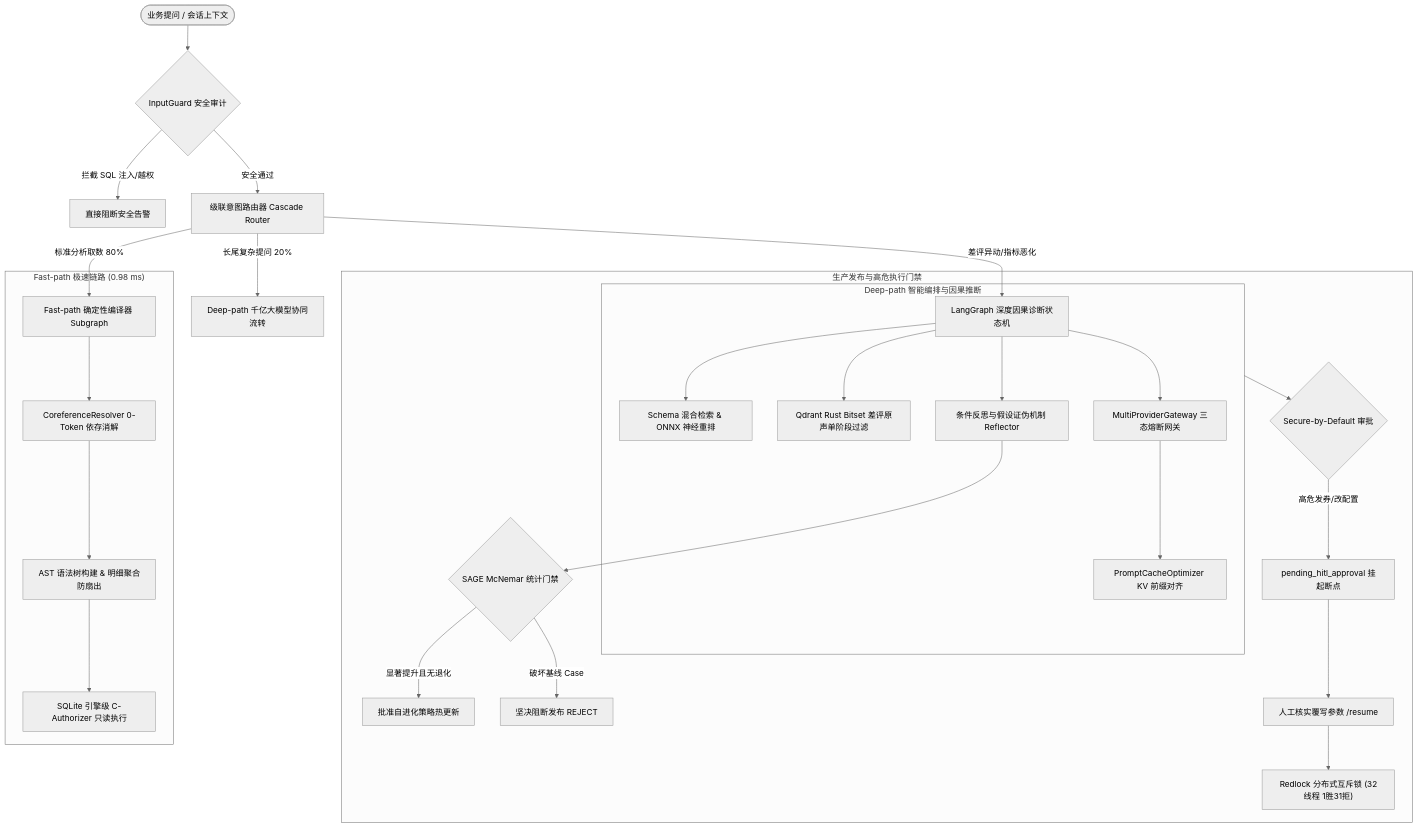
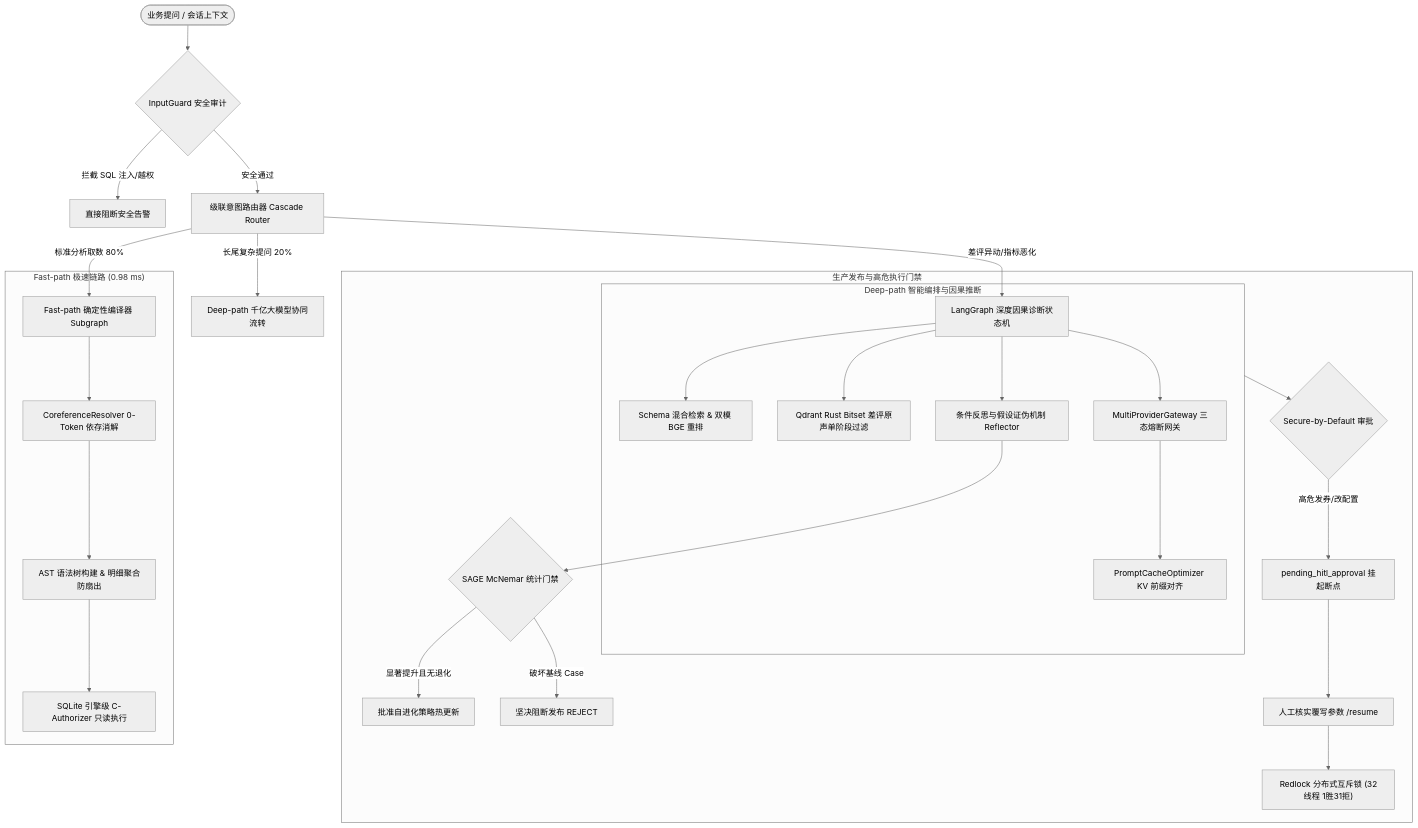
Before and after one commit to windfall8623/InsightAgent: the first of 2 diagrams in README.md, drawn with Mermaid (neutral theme). The commit also changed other lines of this file, not shown here.

````diff
--- a/README.md
+++ b/README.md
@@ -110,35 +111,35 @@
 ```mermaid
 flowchart TD
     User(["业务提问 / 会话上下文"]) --> InGuard{"InputGuard 安全审计"}
     InGuard -->|"拦截 SQL 注入/越权"| Blocked["直接阻断安全告警"]
     InGuard -->|"安全通过"| Cascade["级联意图路由器 Cascade Router"]
     
     Cascade -->|"标准分析取数 80%"| FastPath["Fast-path 确定性编译器 Subgraph"]
     Cascade -->|"长尾复杂提问 20%"| DeepPath["Deep-path 千亿大模型协同流转"]
     Cascade -->|"差评异动/指标恶化"| CausalGraph["LangGraph 深度因果诊断状态机"]
     
     subgraph FastTrack ["Fast-path 极速链路 (0.98 ms)"]
         FastPath --> Coref["CoreferenceResolver 0-Token 依存消解"]
         Coref --> AST["AST 语法树构建 & 明细聚合防扇出"]
         AST --> SQLiteAuth["SQLite 引擎级 C-Authorizer 只读执行"]
     end
     
     subgraph DeepTrack ["Deep-path 智能编排与因果推断"]
-        CausalGraph --> Schema["Schema 混合检索 & ONNX 神经重排"]
+        CausalGraph --> Schema["Schema 混合检索 & 双模 BGE 重排"]
         CausalGraph --> Qdrant["Qdrant Rust Bitset 差评原声单阶段过滤"]
         CausalGraph --> Reflection["条件反思与假设证伪机制 Reflector"]
         CausalGraph --> Gateway["MultiProviderGateway 三态熔断网关"]
         Gateway --> PromptOpt["PromptCacheOptimizer KV 前缀对齐"]
     end
     
     subgraph SafetyGate ["生产发布与高危执行门禁"]
         DeepTrack --> HITL{"Secure-by-Default 审批"}
         HITL -->|"高危发券/改配置"| Pending["pending_hitl_approval 挂起断点"]
         Pending --> Resume["人工核实覆写参数 /resume"]
         Resume --> Redlock["Redlock 分布式互斥锁 (32线程 1胜31拒)"]
         
         Reflection --> SAGE{"SAGE McNemar 统计门禁"}
         SAGE -->|"显著提升且无退化"| AutoDeploy["批准自进化策略热更新"]
         SAGE -->|"破坏基线 Case"| Reject["坚决阻断发布 REJECT"]
     end
 ```
````
